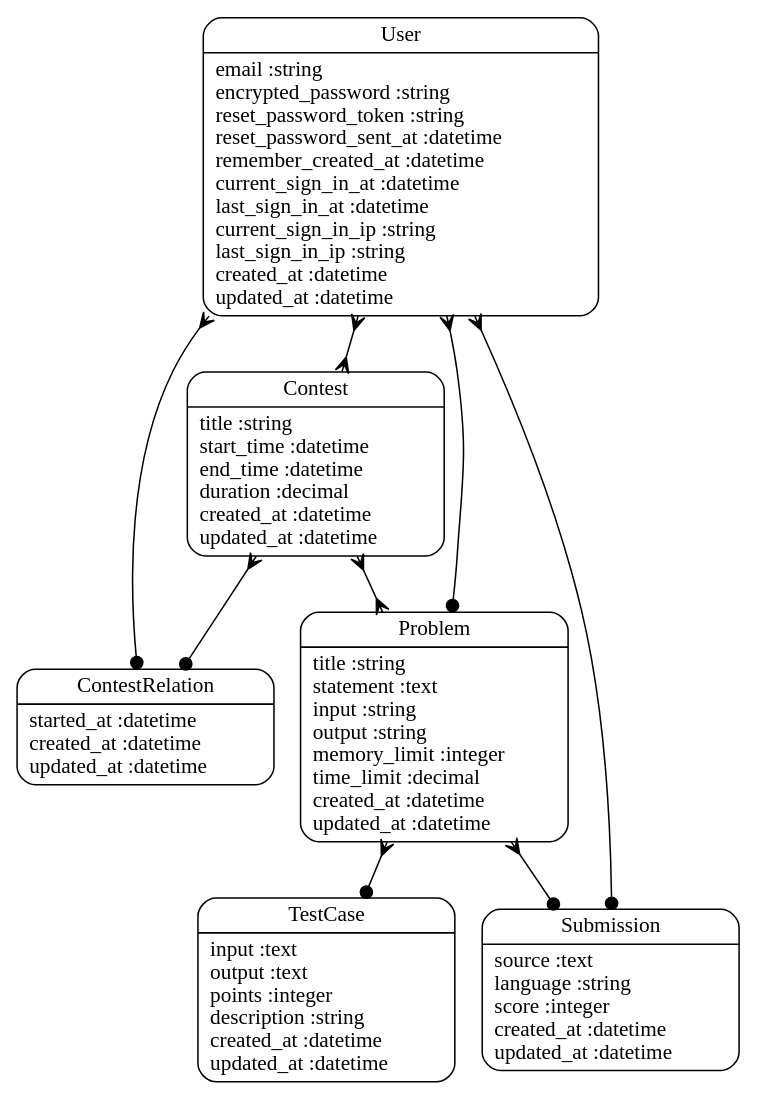
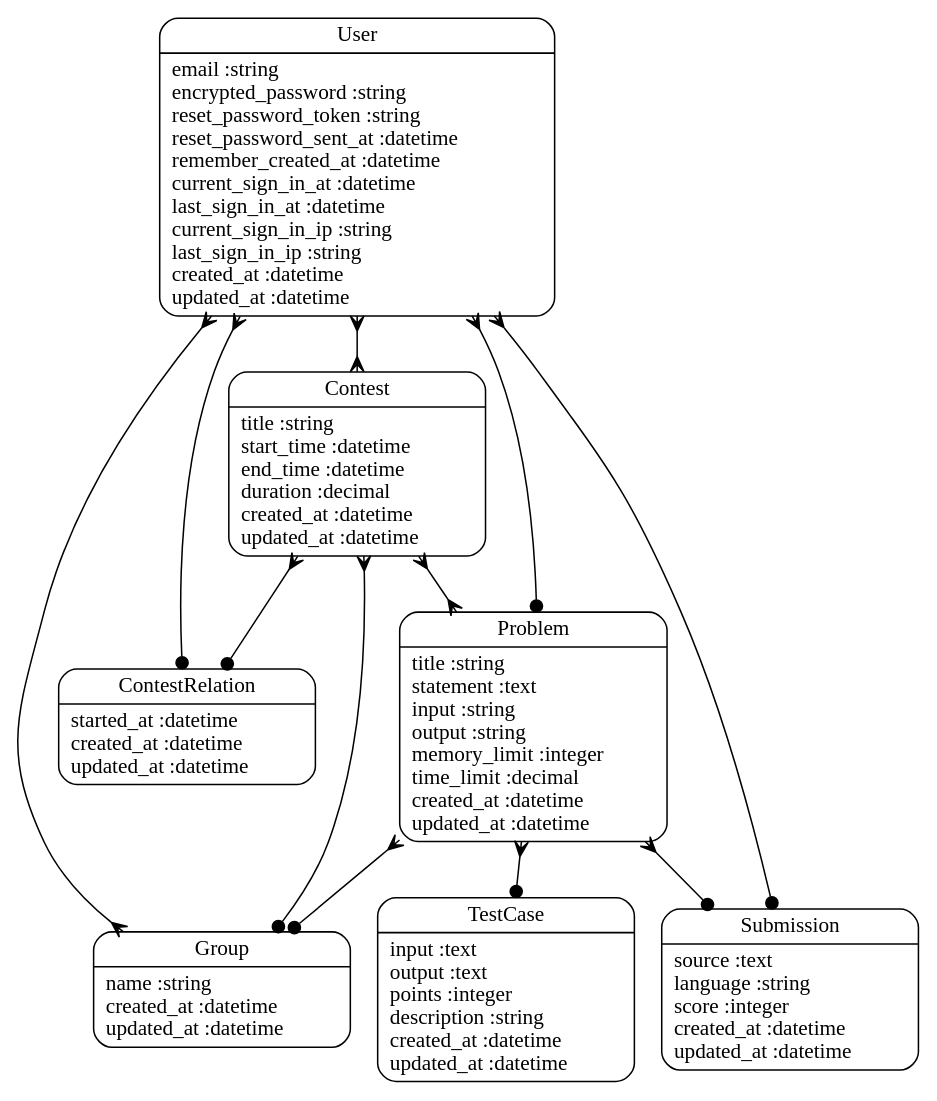
Before and after one commit to NZOI/nztrain: the diagram in g.dot, drawn with Graphviz. The commit also changed 6 other files, not shown here.

```diff
--- a/g.dot
+++ b/g.dot
@@ -1,17 +1,21 @@
 digraph models_diagram {
 	graph[overlap=false, splines=true]
 	"User" [shape=Mrecord, label="{User|email :string\lencrypted_password :string\lreset_password_token :string\lreset_password_sent_at :datetime\lremember_created_at :datetime\lcurrent_sign_in_at :datetime\llast_sign_in_at :datetime\lcurrent_sign_in_ip :string\llast_sign_in_ip :string\lcreated_at :datetime\lupdated_at :datetime\l}"]
+	"Group" [shape=Mrecord, label="{Group|name :string\lcreated_at :datetime\lupdated_at :datetime\l}"]
 	"ContestRelation" [shape=Mrecord, label="{ContestRelation|started_at :datetime\lcreated_at :datetime\lupdated_at :datetime\l}"]
 	"TestCase" [shape=Mrecord, label="{TestCase|input :text\loutput :text\lpoints :integer\ldescription :string\lcreated_at :datetime\lupdated_at :datetime\l}"]
 	"Contest" [shape=Mrecord, label="{Contest|title :string\lstart_time :datetime\lend_time :datetime\lduration :decimal\lcreated_at :datetime\lupdated_at :datetime\l}"]
 	"Submission" [shape=Mrecord, label="{Submission|source :text\llanguage :string\lscore :integer\lcreated_at :datetime\lupdated_at :datetime\l}"]
 	"Problem" [shape=Mrecord, label="{Problem|title :string\lstatement :text\linput :string\loutput :string\lmemory_limit :integer\ltime_limit :decimal\lcreated_at :datetime\lupdated_at :datetime\l}"]
 	"User" -> "Problem" [arrowtail=crow, arrowhead=dot, dir=both]
 	"User" -> "Submission" [arrowtail=crow, arrowhead=dot, dir=both]
 	"User" -> "ContestRelation" [arrowtail=crow, arrowhead=dot, dir=both]
 	"User" -> "Contest" [arrowtail=crow, arrowhead=crow, dir=both]
+	"Group" -> "User" [arrowtail=crow, arrowhead=crow, dir=both]
 	"Contest" -> "Problem" [arrowtail=crow, arrowhead=crow, dir=both]
 	"Contest" -> "ContestRelation" [arrowtail=crow, arrowhead=dot, dir=both]
+	"Contest" -> "Group" [arrowtail=crow, arrowhead=dot, dir=both]
 	"Problem" -> "TestCase" [arrowtail=crow, arrowhead=dot, dir=both]
 	"Problem" -> "Submission" [arrowtail=crow, arrowhead=dot, dir=both]
+	"Problem" -> "Group" [arrowtail=crow, arrowhead=dot, dir=both]
 }
```
